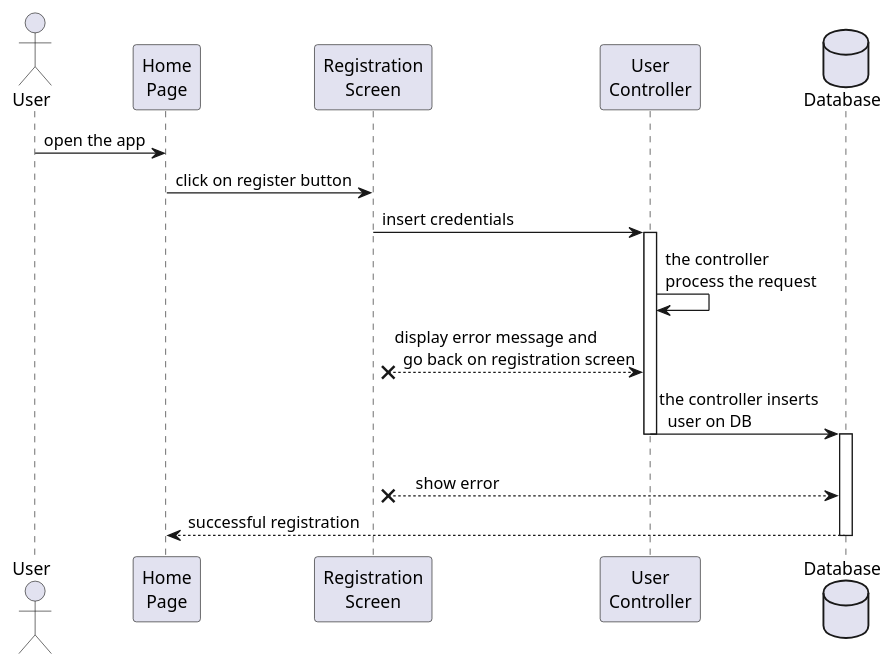
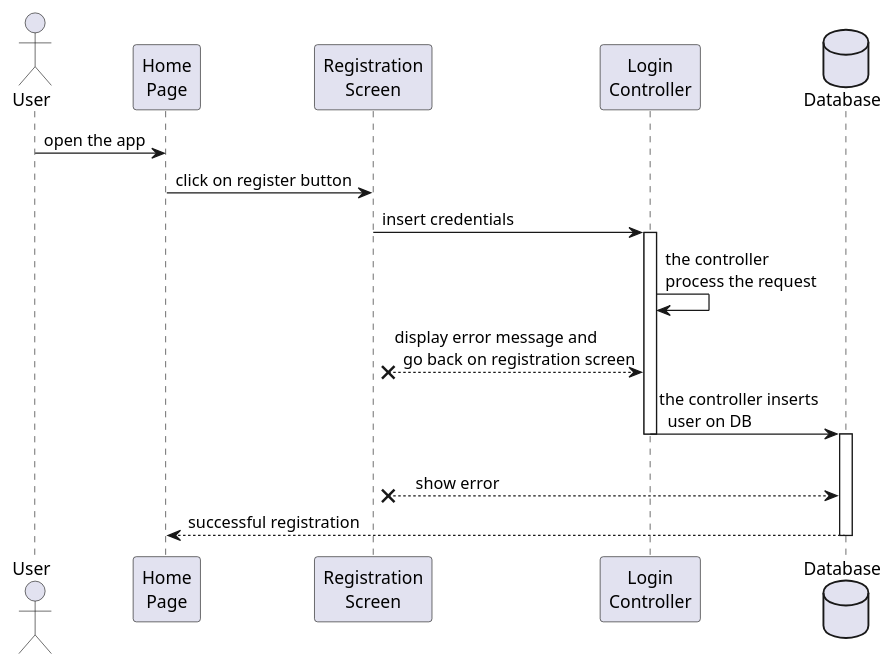
One commit to TommasoScalici/FoodDelivery changed the diagram in src/main/java/unipa/fooddelivery/diagrams/sequence/user/register.wsd. Above: the diagram before and after it, drawn with PlantUML. The commit also changed 2 other files, not shown here.

```diff
--- a/src/main/java/unipa/fooddelivery/diagrams/sequence/user/register.wsd
+++ b/src/main/java/unipa/fooddelivery/diagrams/sequence/user/register.wsd
@@ -1,23 +1,23 @@
 @startuml register
 
 actor User
 participant "Home\nPage" as HomePage
 participant "Registration\nScreen" as RegistrationScreen
-participant "User\nController" as UserController
+participant "Login\nController" as LoginController
 database Database
 
 User -> HomePage: open the app
 HomePage -> RegistrationScreen: click on register button
-RegistrationScreen -> UserController: insert credentials
-activate UserController
-UserController -> UserController: the controller\nprocess the request
-RegistrationScreen x-- UserController: display error message and\n  go back on registration screen
-UserController -> Database: the controller inserts\n  user on DB
-deactivate UserController
+RegistrationScreen -> LoginController: insert credentials
+activate LoginController
+LoginController -> LoginController: the controller\nprocess the request
+RegistrationScreen x-- LoginController: display error message and\n  go back on registration screen
+LoginController -> Database: the controller inserts\n  user on DB
+deactivate LoginController
 
 activate Database
 RegistrationScreen x-- Database : \n     show error
 HomePage <-- Database: successful registration
 deactivate Database
 
 @enduml
```
